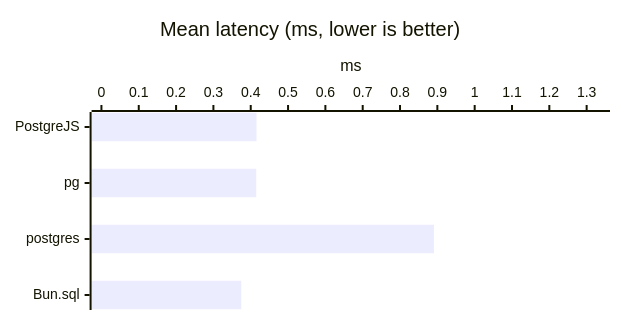
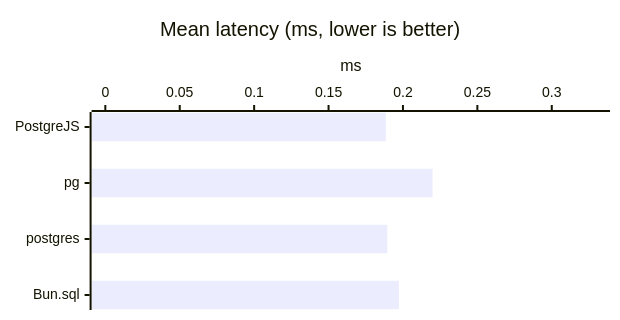
Diagram 13 of 56 in docs/getting-started/benchmarks-bun.md (panates/postgrejs-doc), drawn with Mermaid before and after one commit. The commit also changed other lines of this file and 13 other files, not shown here.

````diff
--- a/docs/getting-started/benchmarks-bun.md
+++ b/docs/getting-started/benchmarks-bun.md
@@ -373,8 +380,8 @@
 ```mermaid
 %%{init: {'xyChart': {'width': 600, 'height': 300, 'chartOrientation': 'horizontal'}}}%%
 xychart-beta
     title "Mean latency (ms, lower is better)"
     x-axis ["PostgreJS", "pg", "postgres", "Bun.sql"]
-    y-axis "ms" 0.0000 --> 1.3362
-    bar [0.4155, 0.4149, 0.8908, 0.3745]
+    y-axis "ms" 0.0000 --> 0.3299
+    bar [0.1885, 0.2199, 0.1895, 0.1973]
 ```
````
